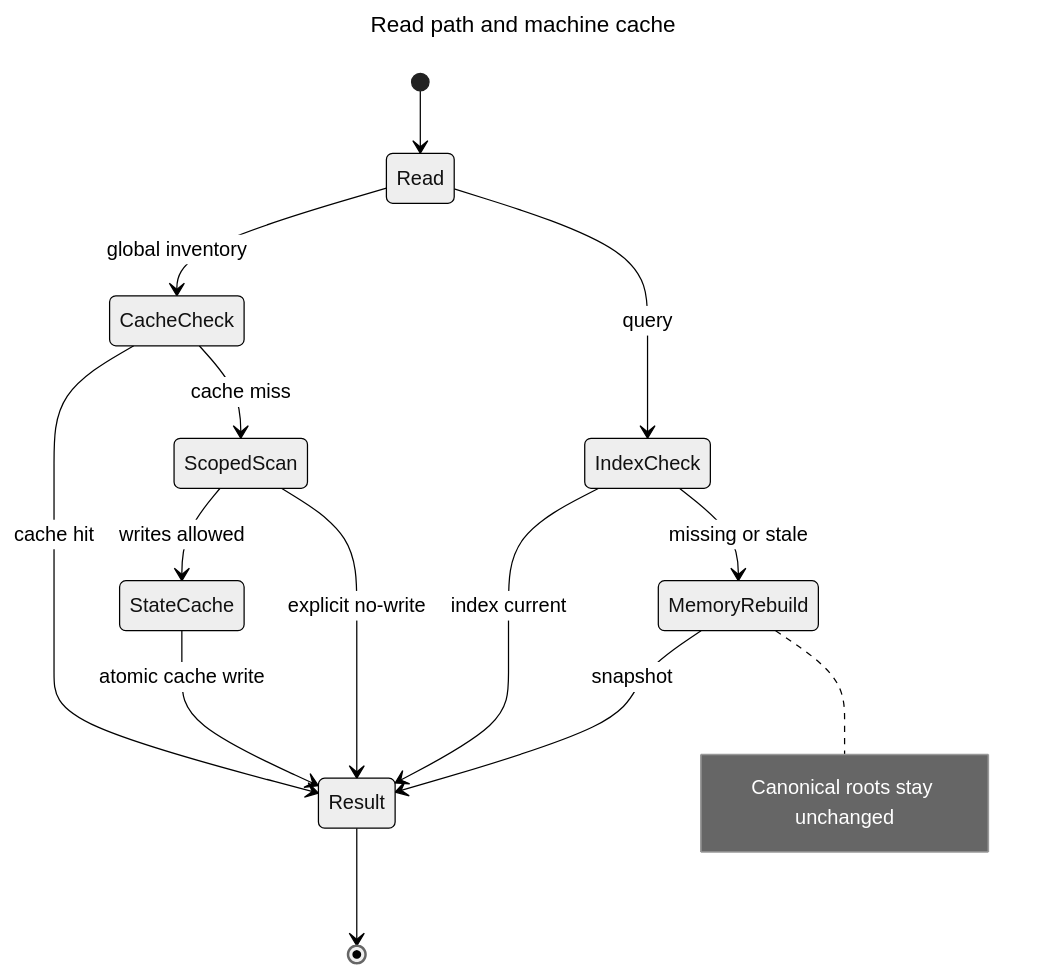
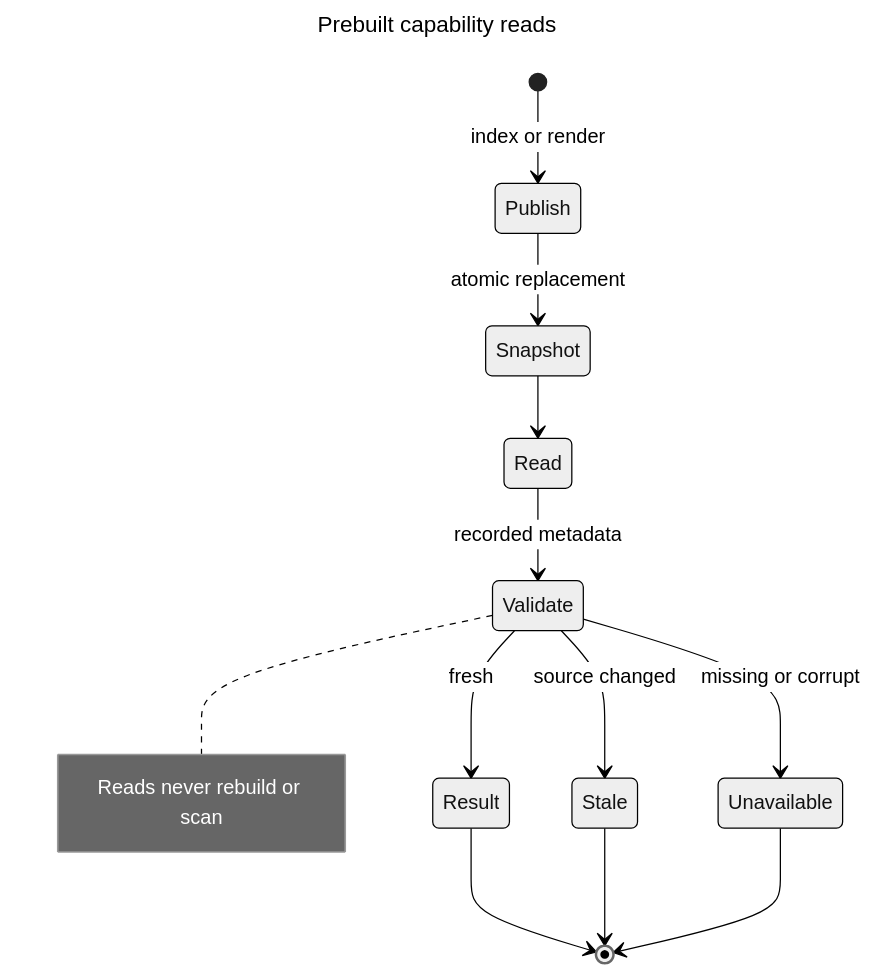
Before and after one commit to hack-dance/fclt: the diagram in docs/assets/read-path.mmd, drawn with Mermaid (neutral theme). The commit also changed 18 other files, not shown here.

First line of the commit message:
fix: serve scoped capability reads from published snapshots (#121)

```diff
--- a/docs/assets/read-path.mmd
+++ b/docs/assets/read-path.mmd
@@ -1,20 +1,18 @@
 ---
-title: Read path and machine cache
+title: Prebuilt capability reads
 ---
 stateDiagram-v2
     direction TB
-    [*] --> Read
-    Read --> CacheCheck: global inventory
-    CacheCheck --> Result: cache hit
-    CacheCheck --> ScopedScan: cache miss
-    ScopedScan --> StateCache: writes allowed
-    ScopedScan --> Result: explicit no-write
-    StateCache --> Result: atomic cache write
-    Read --> IndexCheck: query
-    IndexCheck --> Result: index current
-    IndexCheck --> MemoryRebuild: missing or stale
-    MemoryRebuild --> Result: snapshot
+    [*] --> Publish: index or render
+    Publish --> Snapshot: atomic replacement
+    Snapshot --> Read
+    Read --> Validate: recorded metadata
+    Validate --> Result: fresh
+    Validate --> Stale: source changed
+    Validate --> Unavailable: missing or corrupt
     Result --> [*]
-    note right of MemoryRebuild
-      Canonical roots stay unchanged
+    Stale --> [*]
+    Unavailable --> [*]
+    note right of Validate
+      Reads never rebuild or scan
     end note
```
